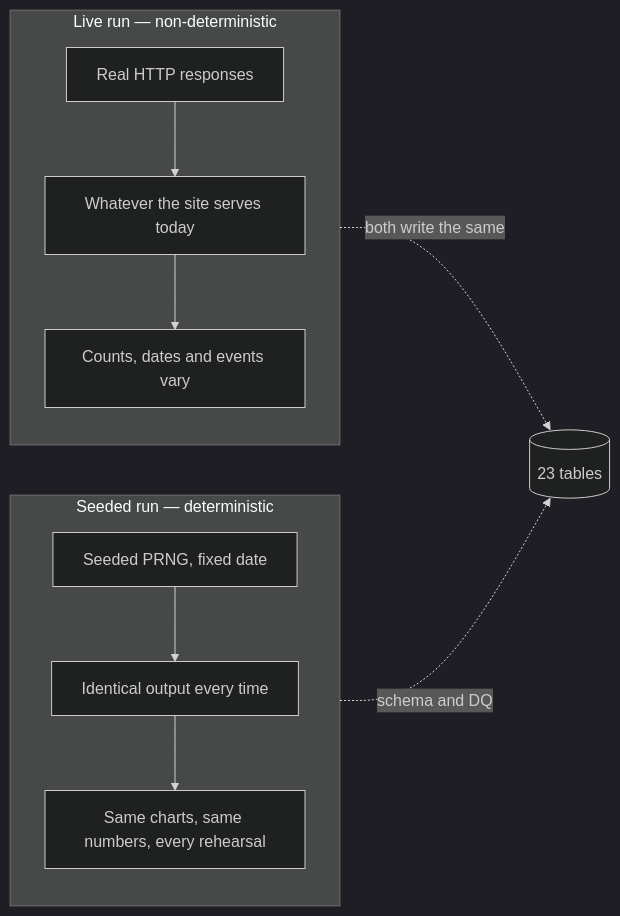
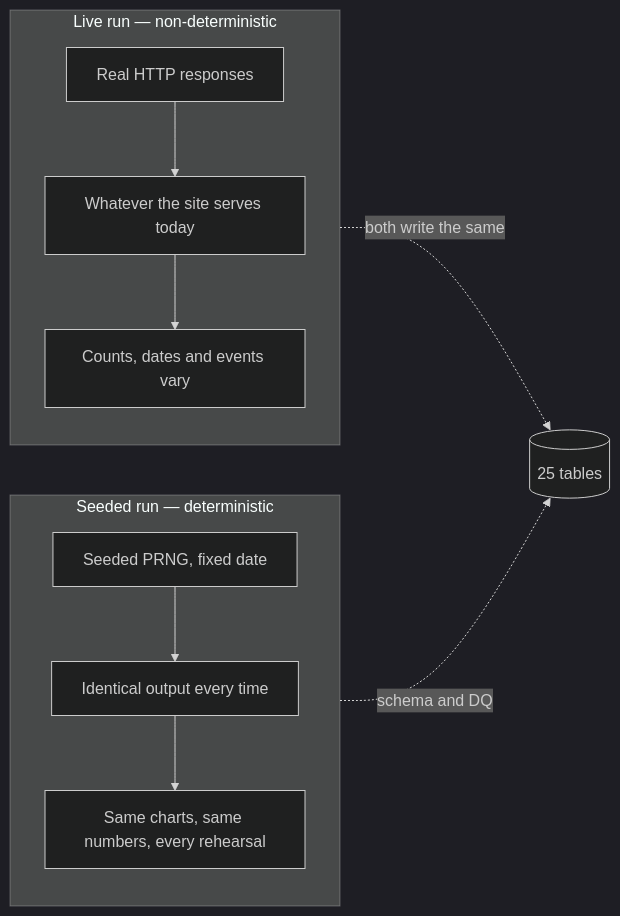
One commit to Ahmedbakr78/Web-to-Warehouse-Product-Intelligence-Pipeline changed the third of 6 diagrams in docs/21_architecture_deep_dive.md. Above: the diagram before and after it, drawn with Mermaid (dark theme). The commit also changed other lines of this file and 7 other files, not shown here.

````diff
--- a/docs/21_architecture_deep_dive.md
+++ b/docs/21_architecture_deep_dive.md
@@ -154,13 +154,13 @@
 ```mermaid
 flowchart LR
     subgraph Live["Live run — non-deterministic"]
         L1["Real HTTP responses"] --> L2["Whatever the site serves today"]
         L2 --> L3["Counts, dates and events vary"]
     end
     subgraph Seeded["Seeded run — deterministic"]
         S1["Seeded PRNG, fixed date"] --> S2["Identical output every time"]
         S2 --> S3["Same charts, same numbers, every rehearsal"]
     end
-    Live -.both write the same.-> WH[("23 tables")]
+    Live -.both write the same.-> WH[("25 tables")]
     Seeded -.schema and DQ.-> WH
 ```
````
